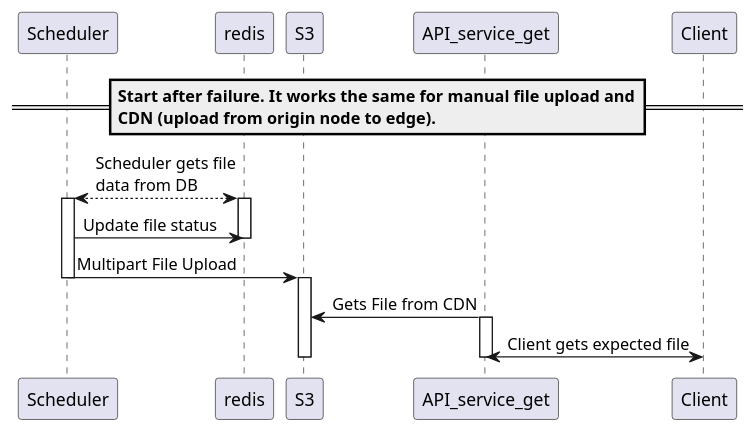
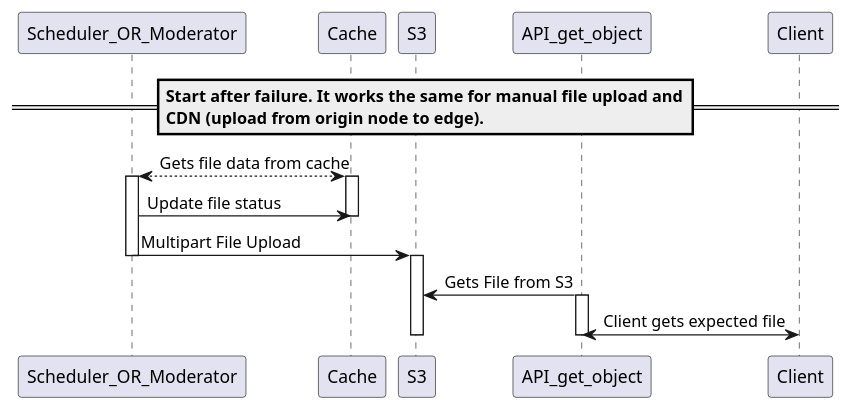
The diagram in architecture/C3_failed_upload.puml (dkarpele/graduate_work), drawn with PlantUML before and after one commit. The commit also changed 3 other files, not shown here.

Commit message:
Update Architecture

```diff
--- a/architecture/C3_failed_upload.puml
+++ b/architecture/C3_failed_upload.puml
@@ -1,20 +1,20 @@
 @startuml
 
 ==Start after failure. It works the same for manual file upload and\nCDN (upload from origin node to edge).==
 
-Scheduler <--> redis: Scheduler gets file\ndata from DB
-activate redis
-activate Scheduler
-Scheduler -> redis: Update file status
-deactivate redis
-Scheduler -> S3: Multipart File Upload
-deactivate Scheduler
+Scheduler_OR_Moderator <--> Cache: Gets file data from cache
+activate Cache
+activate Scheduler_OR_Moderator
+Scheduler_OR_Moderator -> Cache: Update file status
+deactivate Cache
+Scheduler_OR_Moderator -> S3: Multipart File Upload
+deactivate Scheduler_OR_Moderator
 
 activate S3
 
-S3 <- API_service_get: Gets File from CDN
-activate API_service_get
-API_service_get <-> Client: Client gets expected file
-deactivate API_service_get
+S3 <- API_get_object: Gets File from S3
+activate API_get_object
+API_get_object <-> Client: Client gets expected file
+deactivate API_get_object
 deactivate S3
 @enduml
```
